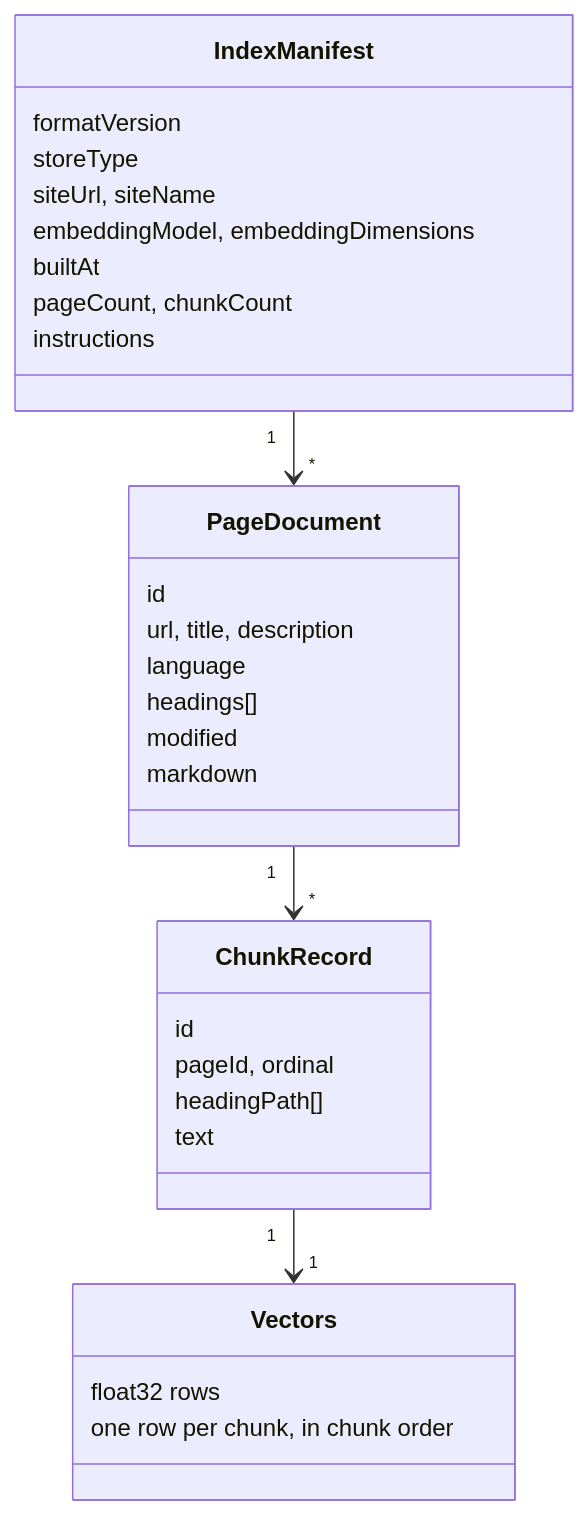
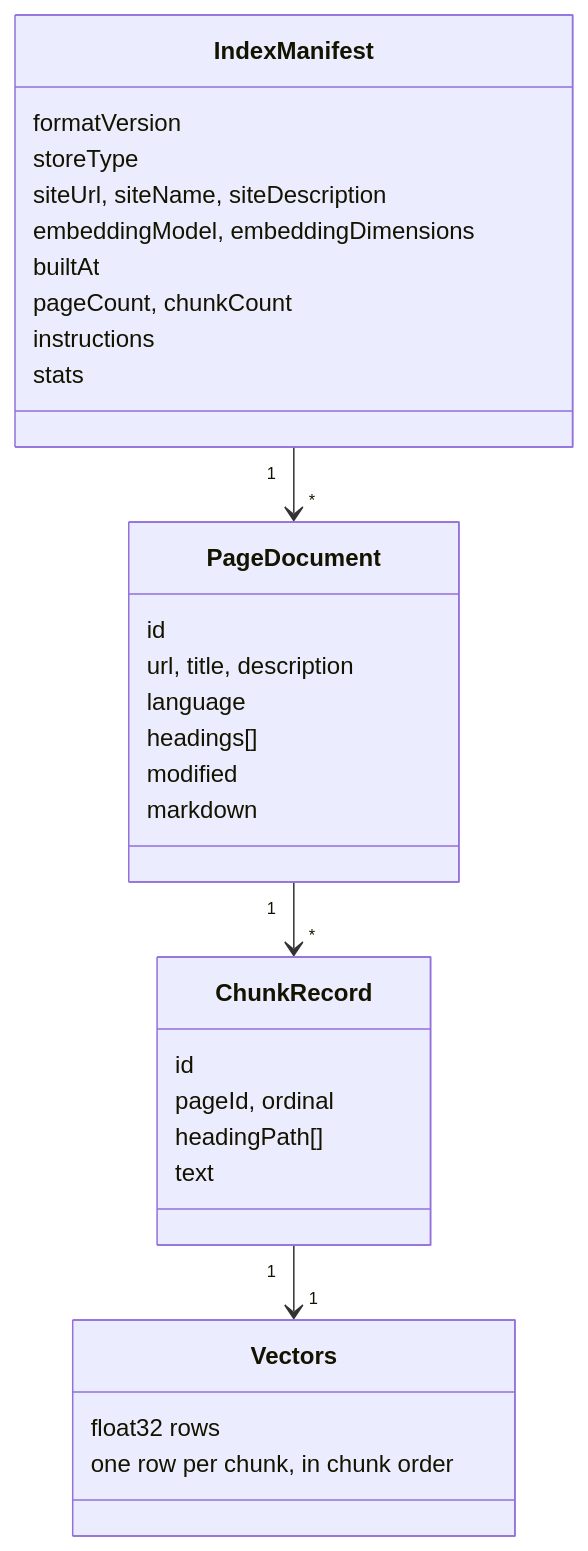
Before and after one commit to pournasserian/mcp-my-site: the third of 11 diagrams in docs/architecture.md, drawn with Mermaid. The commit also changed other lines of this file and 7 other files, not shown here.

````diff
--- a/docs/architecture.md
+++ b/docs/architecture.md
@@ -90,33 +90,34 @@
 ```mermaid
 classDiagram
     class IndexManifest {
         formatVersion
         storeType
-        siteUrl, siteName
+        siteUrl, siteName, siteDescription
         embeddingModel, embeddingDimensions
         builtAt
         pageCount, chunkCount
         instructions
+        stats
     }
     class PageDocument {
         id
         url, title, description
         language
         headings[]
         modified
         markdown
     }
     class ChunkRecord {
         id
         pageId, ordinal
         headingPath[]
         text
     }
     class Vectors {
         float32 rows
         one row per chunk, in chunk order
     }
     IndexManifest "1" --> "*" PageDocument
     PageDocument "1" --> "*" ChunkRecord
     ChunkRecord "1" --> "1" Vectors
 ```
````
